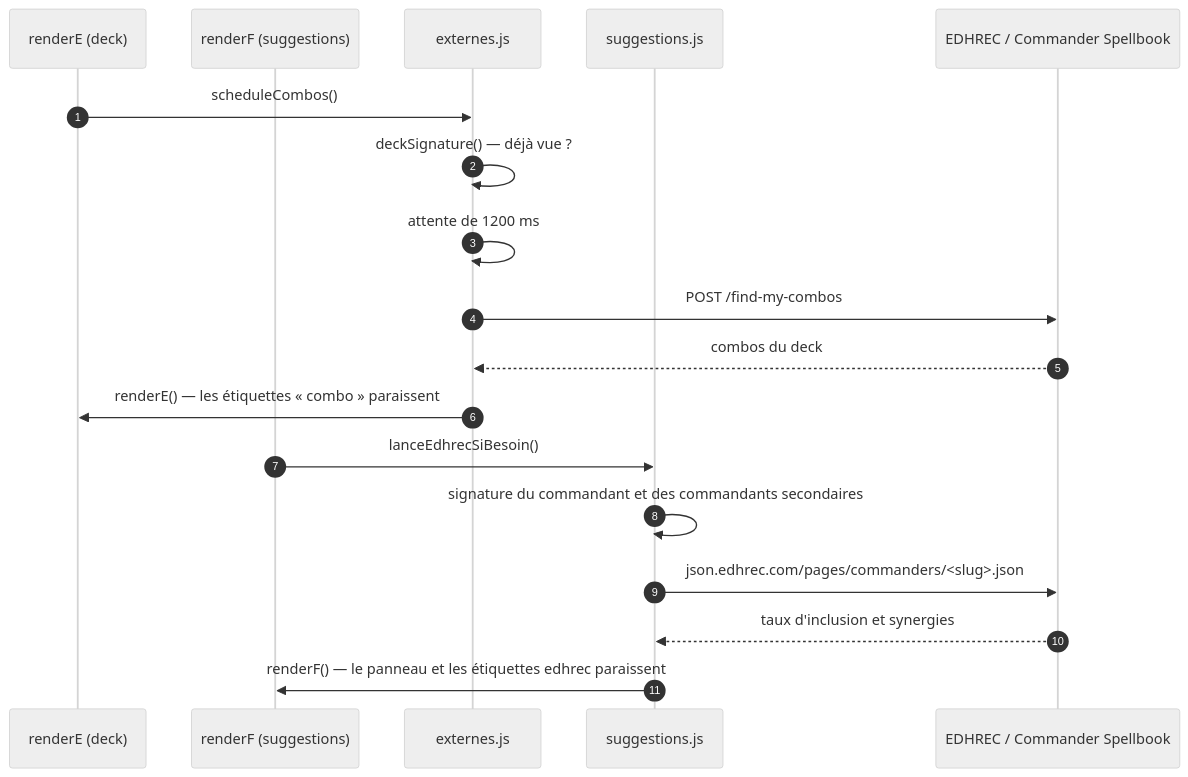
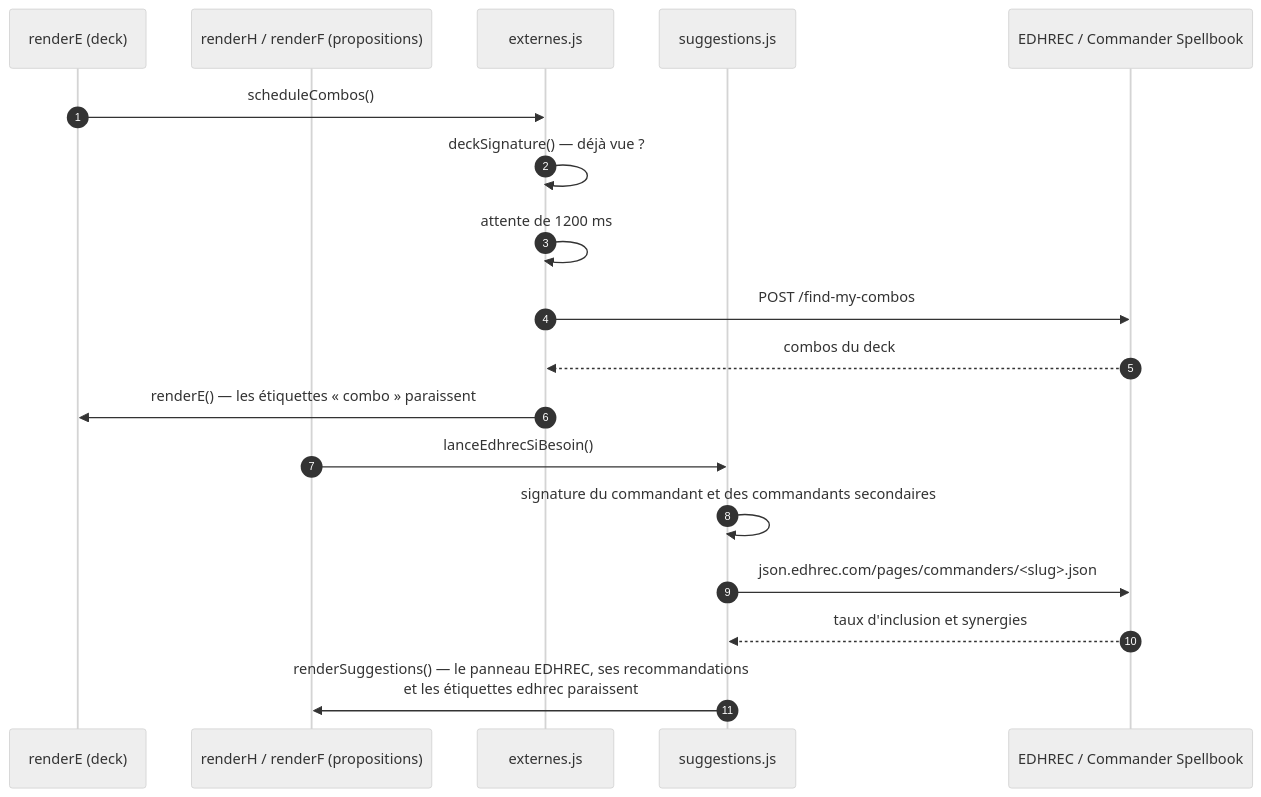
Diagram 11 of 13 in PARCOURS.md (HJoudrier/MtgDeckBuilder_v3), drawn with Mermaid (neutral theme) before and after one commit. The commit also changed other lines of this file and 11 other files, not shown here.

````diff
--- a/PARCOURS.md
+++ b/PARCOURS.md
@@ -455,22 +457,22 @@
 ```mermaid
 sequenceDiagram
     autonumber
     participant E as renderE (deck)
-    participant F as renderF (suggestions)
+    participant F as renderH / renderF (propositions)
     participant EXT as externes.js
     participant SUG as suggestions.js
     participant NET as EDHREC / Commander Spellbook
 
     E->>EXT: scheduleCombos()
     EXT->>EXT: deckSignature() — déjà vue ?
     EXT->>EXT: attente de 1200 ms
     EXT->>NET: POST /find-my-combos
     NET-->>EXT: combos du deck
     EXT->>E: renderE() — les étiquettes « combo » paraissent
 
     F->>SUG: lanceEdhrecSiBesoin()
     SUG->>SUG: signature du commandant et des commandants secondaires
     SUG->>NET: json.edhrec.com/pages/commanders/<slug>.json
     NET-->>SUG: taux d'inclusion et synergies
-    SUG->>F: renderF() — le panneau et les étiquettes edhrec paraissent
+    SUG->>F: renderSuggestions() — le panneau EDHREC, ses recommandations<br/>et les étiquettes edhrec paraissent
 ```
````
